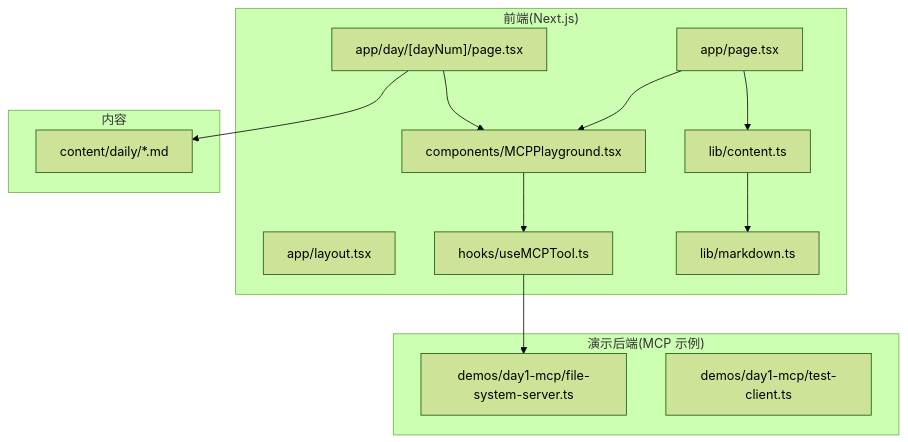
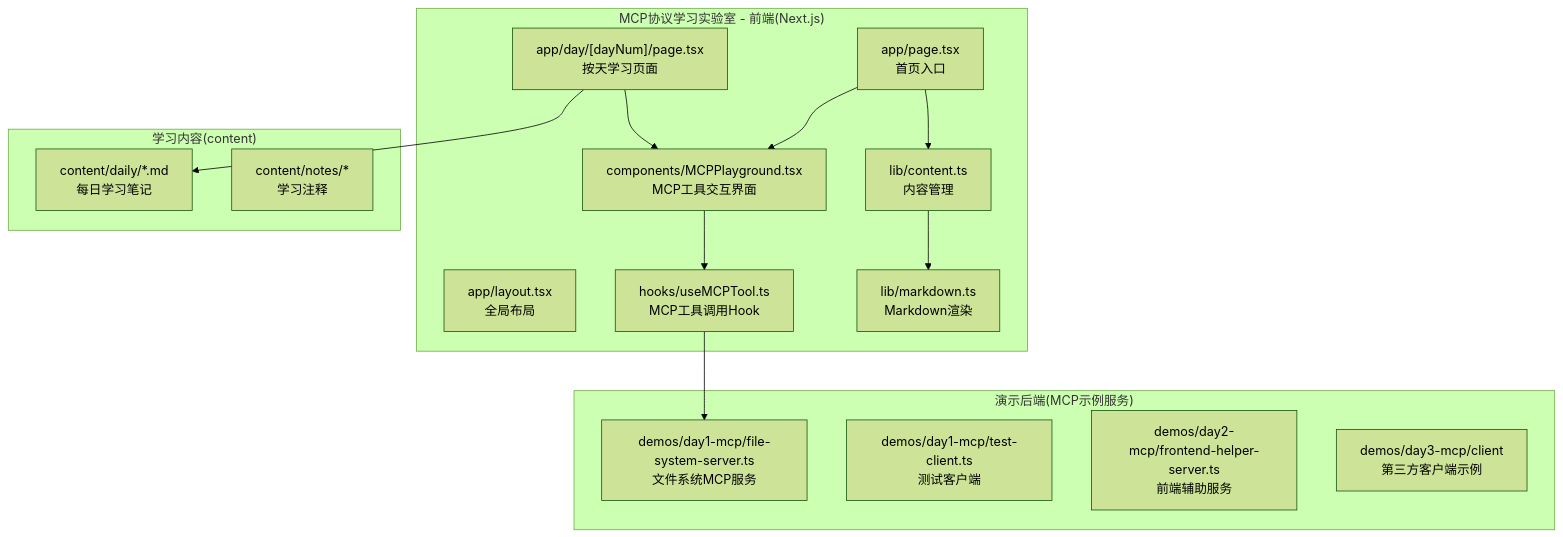
The first of 7 diagrams in .qoder/repowiki/zh/content/项目概览.md (Leslie-Chuan/classic-example), drawn with Mermaid (forest theme) before and after one commit. The commit also changed other lines of this file and 45 other files, not shown here.

````diff
--- a/.qoder/repowiki/zh/content/项目概览.md
+++ b/.qoder/repowiki/zh/content/项目概览.md
@@ -57,26 +66,29 @@
 ```mermaid
 graph TB
-subgraph "前端(Next.js)"
-A["app/layout.tsx"]
-B["app/page.tsx"]
-C["app/day/[dayNum]/page.tsx"]
-D["components/MCPPlayground.tsx"]
-E["hooks/useMCPTool.ts"]
-F["lib/content.ts"]
-G["lib/markdown.ts"]
+subgraph "MCP协议学习实验室 - 前端(Next.js)"
+A["app/layout.tsx<br/>全局布局"]
+B["app/page.tsx<br/>首页入口"]
+C["app/day/[dayNum]/page.tsx<br/>按天学习页面"]
+D["components/MCPPlayground.tsx<br/>MCP工具交互界面"]
+E["hooks/useMCPTool.ts<br/>MCP工具调用Hook"]
+F["lib/content.ts<br/>内容管理"]
+G["lib/markdown.ts<br/>Markdown渲染"]
 end
-subgraph "演示后端(MCP 示例)"
-H["demos/day1-mcp/file-system-server.ts"]
-I["demos/day1-mcp/test-client.ts"]
+subgraph "演示后端(MCP示例服务)"
+H["demos/day1-mcp/file-system-server.ts<br/>文件系统MCP服务"]
+I["demos/day1-mcp/test-client.ts<br/>测试客户端"]
+J["demos/day2-mcp/frontend-helper-server.ts<br/>前端辅助服务"]
+K["demos/day3-mcp/client<br/>第三方客户端示例"]
 end
-subgraph "内容"
-J["content/daily/*.md"]
+subgraph "学习内容(content)"
+L["content/daily/*.md<br/>每日学习笔记"]
+M["content/notes/*<br/>学习注释"]
 end
 B --> D
 C --> D
 D --> E
 E --> H
 B --> F
 F --> G
-C --> J
+C --> L
 ```
````
